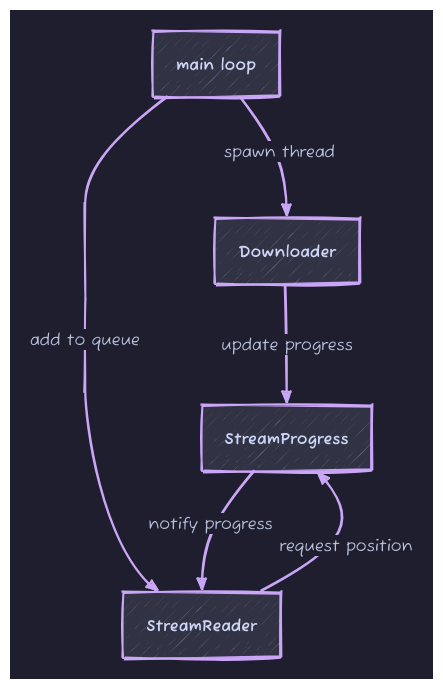
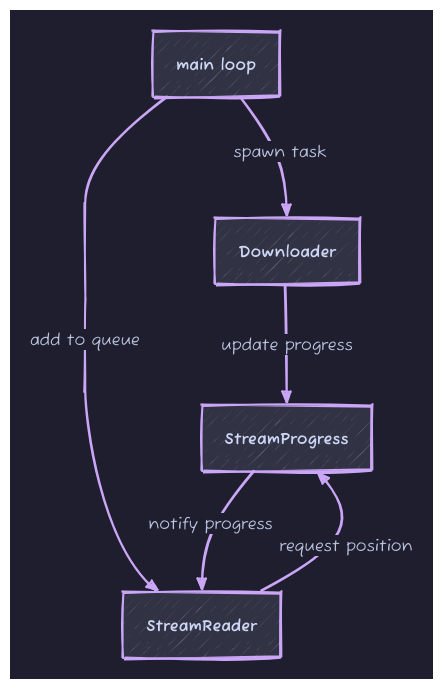
The diagram in src/blog/streaming/aot_streaming.d2 (aschey/aschey.tech), drawn with D2 before and after one commit. The commit also changed 6 other files, not shown here.

```diff
--- a/src/blog/streaming/aot_streaming.d2
+++ b/src/blog/streaming/aot_streaming.d2
@@ -1,12 +1,12 @@
 vars: {
   d2-config: {
     sketch: true
     theme-id: 200
   }
 }
 
-main loop -> Downloader: spawn thread
+main loop -> Downloader: spawn task
 main loop -> StreamReader: add to queue
 Downloader -> StreamProgress: update progress
 StreamReader -> StreamProgress: request position
 StreamProgress -> StreamReader: notify progress
```
